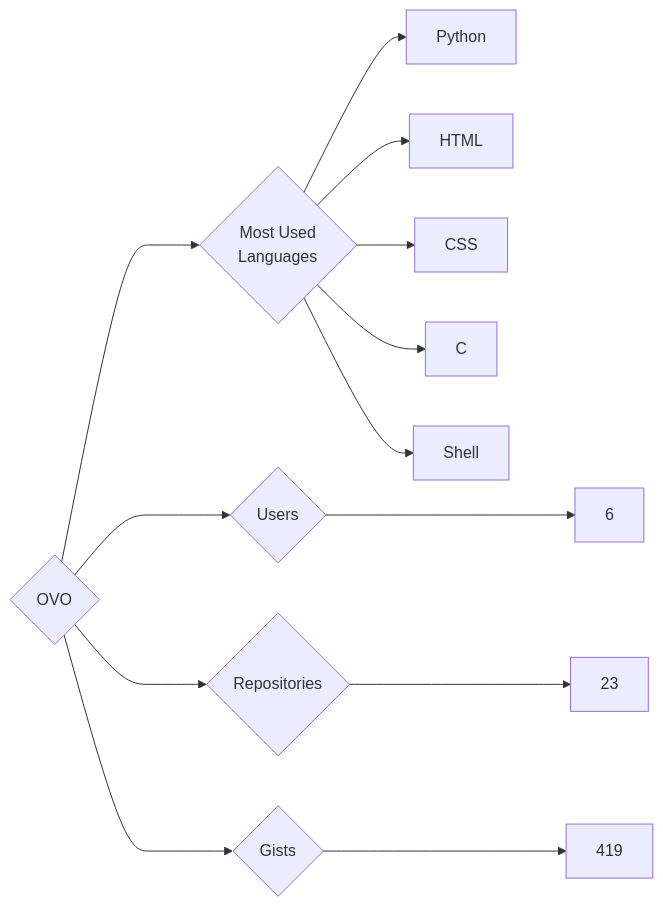
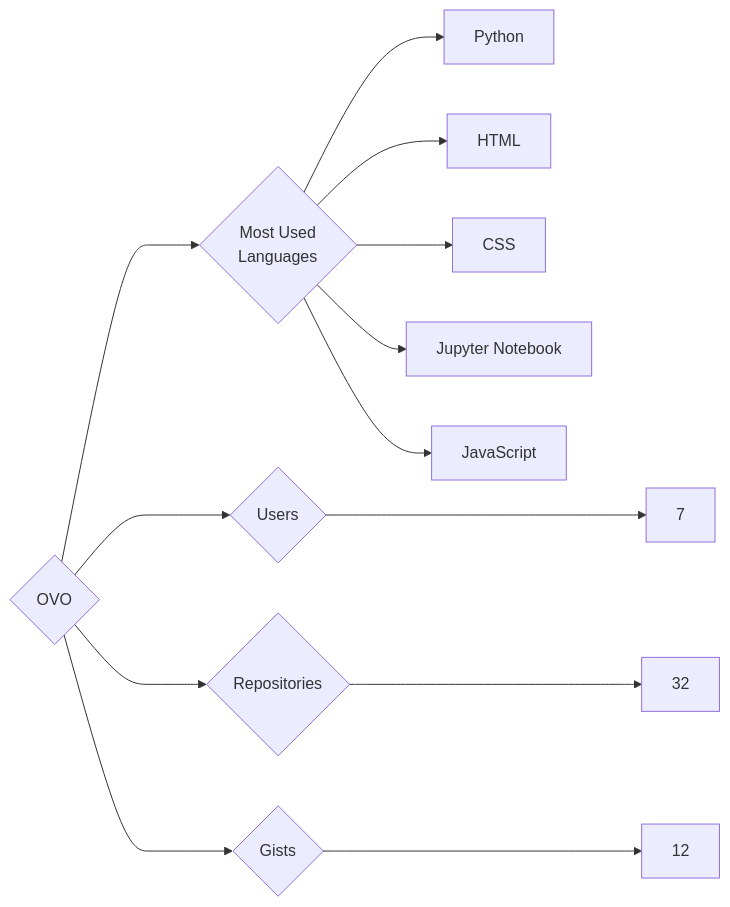
Before and after one commit to trickest/insiders: the diagram in targets/OVO/README.md, drawn with Mermaid. The commit also changed 1007 other files, not shown here.

````diff
--- a/targets/OVO/README.md
+++ b/targets/OVO/README.md
@@ -3,13 +3,13 @@
 ```mermaid
 graph LR
 COMPANY_NAME{OVO}
-COMPANY_NAME ---> U{Users} ---> UN[6]
-COMPANY_NAME ---> R{Repositories} ---> RN[23]
-COMPANY_NAME ---> G{Gists} ---> GN[419]
+COMPANY_NAME ---> U{Users} ---> UN[7]
+COMPANY_NAME ---> R{Repositories} ---> RN[32]
+COMPANY_NAME ---> G{Gists} ---> GN[12]
 COMPANY_NAME ---> ML{Most Used<br>Languages}
 ML --> Python[Python]
 ML --> HTML[HTML]
 ML --> CSS[CSS]
-ML --> C[C]
-ML --> Shell[Shell]
+ML --> Jupyter_Notebook[Jupyter Notebook]
+ML --> JavaScript[JavaScript]
 ```
````
